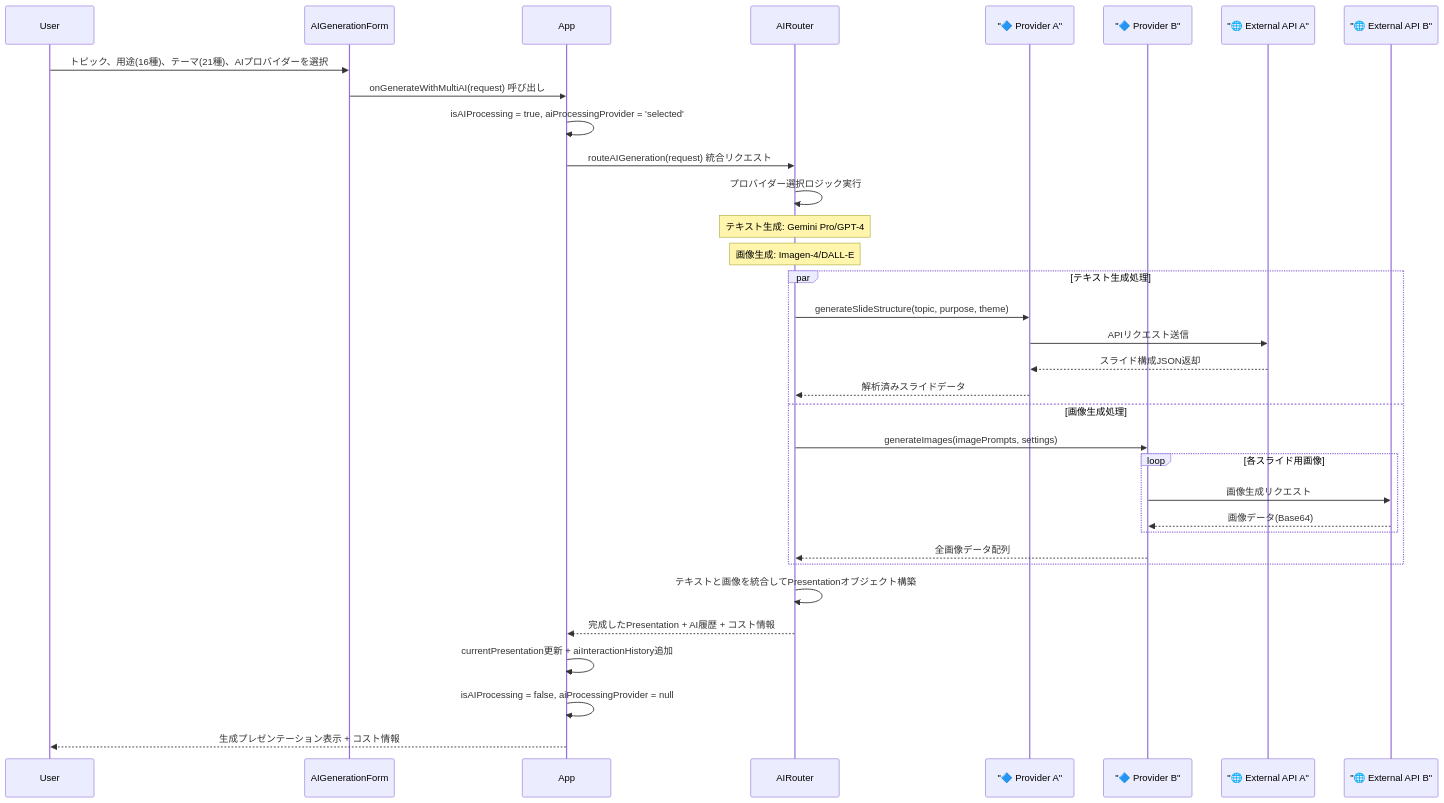
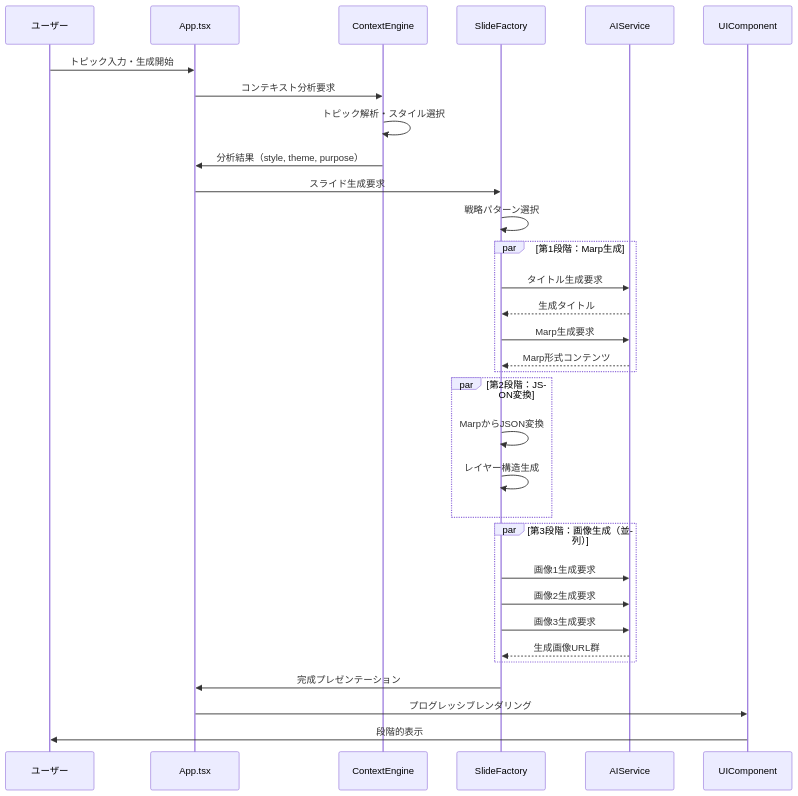
The diagram in docs/03_Detailed_Design.md (t2k2pp/SlideMaster), drawn with Mermaid before and after one commit. The commit also changed other lines of this file and 4 other files, not shown here.

````diff
--- a/docs/03_Detailed_Design.md
+++ b/docs/03_Detailed_Design.md
@@ -246,42 +78,40 @@
 ```mermaid
 sequenceDiagram
-    participant User
-    participant AIGenerationForm
-    participant App
-    participant AIRouter
-    participant ProviderA as "🔷 Provider A"
-    participant ProviderB as "🔷 Provider B"
-    participant ExternalAPI_A as "🌐 External API A"
-    participant ExternalAPI_B as "🌐 External API B"
-
-    User->>AIGenerationForm: トピック、用途(16種)、テーマ(21種)、AIプロバイダーを選択
-    AIGenerationForm->>App: onGenerateWithMultiAI(request) 呼び出し
+    participant User as ユーザー
+    participant App as App.tsx
+    participant CE as ContextEngine
+    participant SF as SlideFactory
+    participant AI as AIService
+    participant UI as UIComponent
     
-    App->>App: isAIProcessing = true, aiProcessingProvider = 'selected'
-    App->>AIRouter: routeAIGeneration(request) 統合リクエスト
+    User->>App: トピック入力・生成開始
+    App->>CE: コンテキスト分析要求
+    CE->>CE: トピック解析・スタイル選択
+    CE->>App: 分析結果（style, theme, purpose）
     
-    AIRouter->>AIRouter: プロバイダー選択ロジック実行
-    Note over AIRouter: テキスト生成: Gemini Pro/GPT-4
-    Note over AIRouter: 画像生成: Imagen-4/DALL-E
+    App->>SF: スライド生成要求
+    SF->>SF: 戦略パターン選択
     
-    par テキスト生成処理
-        AIRouter->>ProviderA: generateSlideStructure(topic, purpose, theme)
-        ProviderA->>ExternalAPI_A: APIリクエスト送信
-        ExternalAPI_A-->>ProviderA: スライド構成JSON返却
-        ProviderA-->>AIRouter: 解析済みスライドデータ
-    and 画像生成処理
-        AIRouter->>ProviderB: generateImages(imagePrompts, settings)
-        loop 各スライド用画像
-            ProviderB->>ExternalAPI_B: 画像生成リクエスト
-            ExternalAPI_B-->>ProviderB: 画像データ(Base64)
-        end
-        ProviderB-->>AIRouter: 全画像データ配列
+    par 第1段階：Marp生成
+        SF->>AI: タイトル生成要求
+        AI-->>SF: 生成タイトル
+        SF->>AI: Marp生成要求
+        AI-->>SF: Marp形式コンテンツ
     end
     
-    AIRouter->>AIRouter: テキストと画像を統合してPresentationオブジェクト構築
-    AIRouter-->>App: 完成したPresentation + AI履歴 + コスト情報
+    par 第2段階：JSON変換
+        SF->>SF: MarpからJSON変換
+        SF->>SF: レイヤー構造生成
+    end
     
-    App->>App: currentPresentation更新 + aiInteractionHistory追加
-    App->>App: isAIProcessing = false, aiProcessingProvider = null
-    App-->>User: 生成プレゼンテーション表示 + コスト情報
+    par 第3段階：画像生成（並列）
+        SF->>AI: 画像1生成要求
+        SF->>AI: 画像2生成要求
+        SF->>AI: 画像3生成要求
+        AI-->>SF: 生成画像URL群
+    end
+    
+    SF->>App: 完成プレゼンテーション
+    App->>UI: プログレッシブレンダリング
+    UI->>User: 段階的表示
 ```
````
